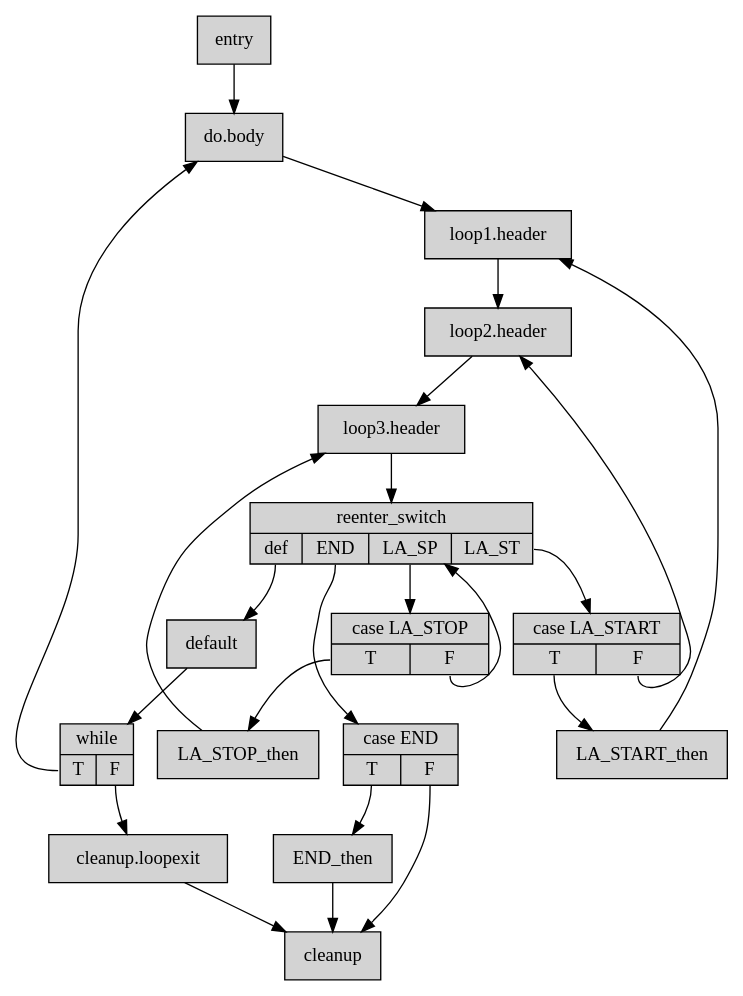
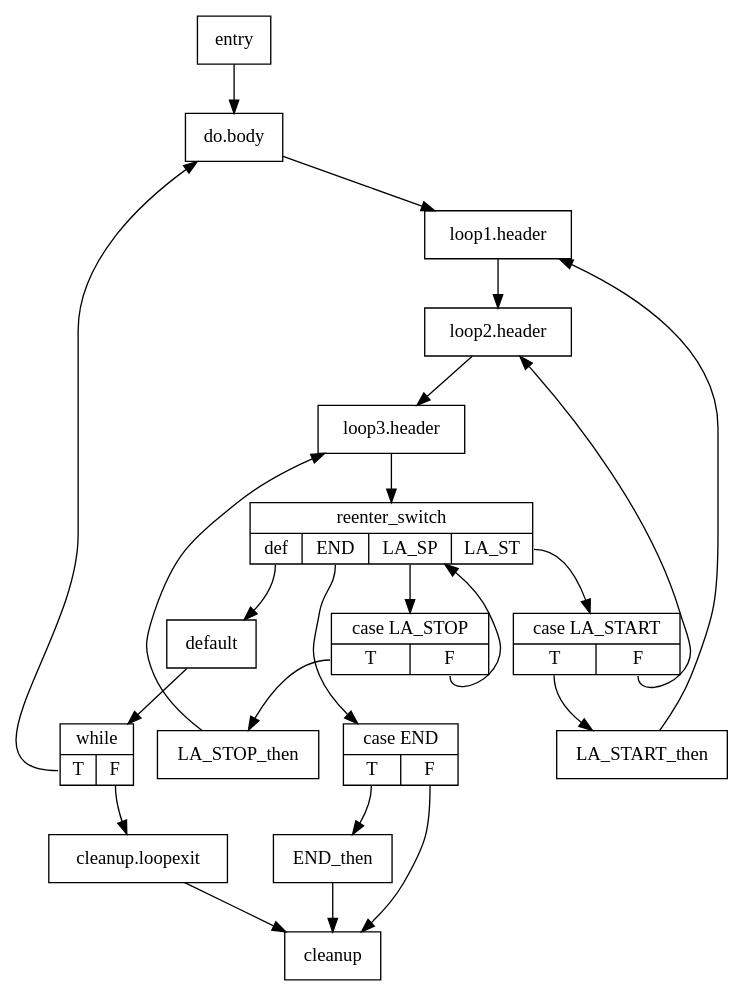
The diagram in dot/S_regmatch_draft_after_loop_simplify_all.dot (Karapus/bachelor-thesis), drawn with Graphviz before and after one commit. The commit also changed 7 other files, not shown here.

```diff
--- a/dot/S_regmatch_draft_after_loop_simplify_all.dot
+++ b/dot/S_regmatch_draft_after_loop_simplify_all.dot
@@ -1,41 +1,41 @@
 digraph "CFG for 'S_regmatch_draft' function" {
 
-	Node0x55d815232b10 [shape=record, style=filled, label="{entry}"];
+	Node0x55d815232b10 [shape=record, label="{entry}"];
 	Node0x55d815232b10 -> Node0x55d815232bc0;
-	Node0x55d815232bc0 [shape=record, style=filled, label="{do.body}"];
+	Node0x55d815232bc0 [shape=record, label="{do.body}"];
 	Node0x55d815232bc0 -> Node0x55d815234490;
-	Node0x55d815234490 [shape=record, style=filled, label="{loop1.header}"];
+	Node0x55d815234490 [shape=record, label="{loop1.header}"];
 	Node0x55d815234490 -> Node0x55d815234c90;
-	Node0x55d815234c90 [shape=record, style=filled, label="{loop2.header}"];
+	Node0x55d815234c90 [shape=record, label="{loop2.header}"];
 	Node0x55d815234c90 -> Node0x55d815235490;
-	Node0x55d815235490 [shape=record, style=filled, label="{loop3.header}"];
+	Node0x55d815235490 [shape=record, label="{loop3.header}"];
 	Node0x55d815235490 -> Node0x55d815235ad0;
-	Node0x55d815235ad0 [shape=record, style=filled, label="{reenter_switch|{<s0>def|<s1>END|<s2>LA_SP|<s3>LA_ST}}"];
+	Node0x55d815235ad0 [shape=record, label="{reenter_switch|{<s0>def|<s1>END|<s2>LA_SP|<s3>LA_ST}}"];
 	Node0x55d815235ad0:s0 -> Node0x55d8152369b0;
 	Node0x55d815235ad0:s1 -> Node0x55d8152372d0;
 	Node0x55d815235ad0:s2 -> Node0x55d815235b90;
 	Node0x55d815235ad0:s3 -> Node0x55d815234dd0;
-	Node0x55d8152372d0 [shape=record, style=filled, label="{case END|{<s0>T|<s1>F}}"];
+	Node0x55d8152372d0 [shape=record, label="{case END|{<s0>T|<s1>F}}"];
 	Node0x55d8152372d0:s0 -> Node0x55d815237430;
 	Node0x55d8152372d0:s1 -> Node0x55d8152374a0;
-	Node0x55d815237430 [shape=record, style=filled, label="{END_then}"];
+	Node0x55d815237430 [shape=record, label="{END_then}"];
 	Node0x55d815237430 -> Node0x55d8152374a0;
-	Node0x55d815234dd0 [shape=record, style=filled, label="{case LA_START|{<s0>T|<s1>F}}"];
+	Node0x55d815234dd0 [shape=record, label="{case LA_START|{<s0>T|<s1>F}}"];
 	Node0x55d815234dd0:s0 -> Node0x55d815234650;
 	Node0x55d815234dd0:s1 -> Node0x55d815234c90;
-	Node0x55d815234650 [shape=record, style=filled, label="{LA_START_then}"];
+	Node0x55d815234650 [shape=record, label="{LA_START_then}"];
 	Node0x55d815234650 -> Node0x55d815234490;
-	Node0x55d815235b90 [shape=record, style=filled, label="{case LA_STOP|{<s0>T|<s1>F}}"];
+	Node0x55d815235b90 [shape=record, label="{case LA_STOP|{<s0>T|<s1>F}}"];
 	Node0x55d815235b90:s0 -> Node0x55d8152355b0;
 	Node0x55d815235b90:s1 -> Node0x55d815235ad0;
-	Node0x55d8152355b0 [shape=record, style=filled, label="{LA_STOP_then}"];
+	Node0x55d8152355b0 [shape=record, label="{LA_STOP_then}"];
 	Node0x55d8152355b0 -> Node0x55d815235490;
-	Node0x55d8152369b0 [shape=record, style=filled, label="{default}"];
+	Node0x55d8152369b0 [shape=record, label="{default}"];
 	Node0x55d8152369b0 -> Node0x55d815232cf0;
-	Node0x55d815232cf0 [shape=record, style=filled, label="{while|{<s0>T|<s1>F}}"];
+	Node0x55d815232cf0 [shape=record, label="{while|{<s0>T|<s1>F}}"];
 	Node0x55d815232cf0:s1 -> Node0x55d81523a540;
 	Node0x55d815232cf0:s0 -> Node0x55d815232bc0;
-	Node0x55d81523a540 [shape=record, style=filled, label="{cleanup.loopexit}"];
+	Node0x55d81523a540 [shape=record, label="{cleanup.loopexit}"];
 	Node0x55d81523a540 -> Node0x55d8152374a0;
-	Node0x55d8152374a0 [shape=record, style=filled, label="{cleanup}"];
+	Node0x55d8152374a0 [shape=record, label="{cleanup}"];
 }
```
